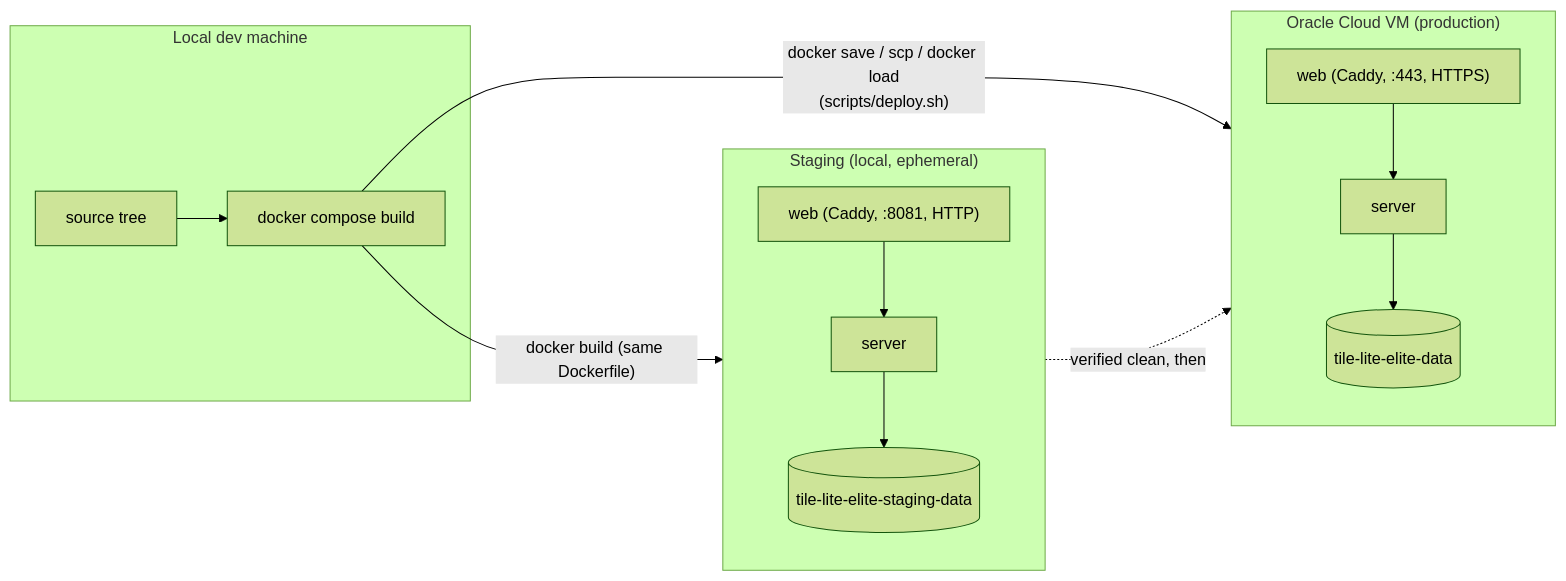
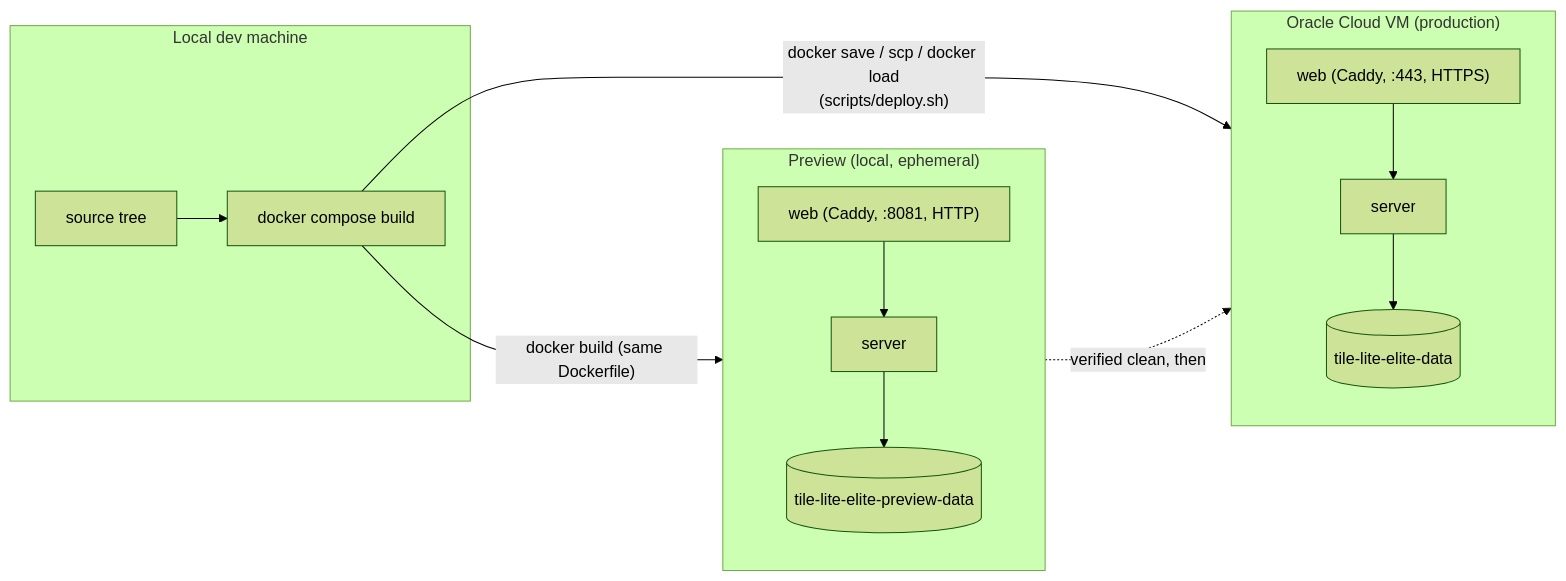
The diagram in docs/1.1-architecture.md (SteveStyle/scrabble-px), drawn with Mermaid (forest theme) before and after one commit. The commit also changed other lines of this file and 21 other files, not shown here.

````diff
--- a/docs/1.1-architecture.md
+++ b/docs/1.1-architecture.md
@@ -16,20 +16,20 @@
 ```mermaid
 flowchart LR
     subgraph DevMachine["Local dev machine"]
         Src[source tree] --> Build[docker compose build]
     end
 
-    subgraph StagingEnv["Staging (local, ephemeral)"]
-        StagingWeb["web (Caddy, :8081, HTTP)"] --> StagingServer["server"]
-        StagingServer --> StagingDB[("tile-lite-elite-staging-data")]
+    subgraph PreviewEnv["Preview (local, ephemeral)"]
+        PreviewWeb["web (Caddy, :8081, HTTP)"] --> PreviewServer["server"]
+        PreviewServer --> PreviewDB[("tile-lite-elite-preview-data")]
     end
 
     subgraph ProdVM["Oracle Cloud VM (production)"]
         ProdWeb["web (Caddy, :443, HTTPS)"] --> ProdServer["server"]
         ProdServer --> ProdDB[("tile-lite-elite-data")]
     end
 
-    Build -- "docker build (same Dockerfile)" --> StagingEnv
+    Build -- "docker build (same Dockerfile)" --> PreviewEnv
     Build -- "docker save / scp / docker load\n(scripts/deploy.sh)" --> ProdVM
-    StagingEnv -. "verified clean, then" .-> ProdVM
+    PreviewEnv -. "verified clean, then" .-> ProdVM
 ```
````
